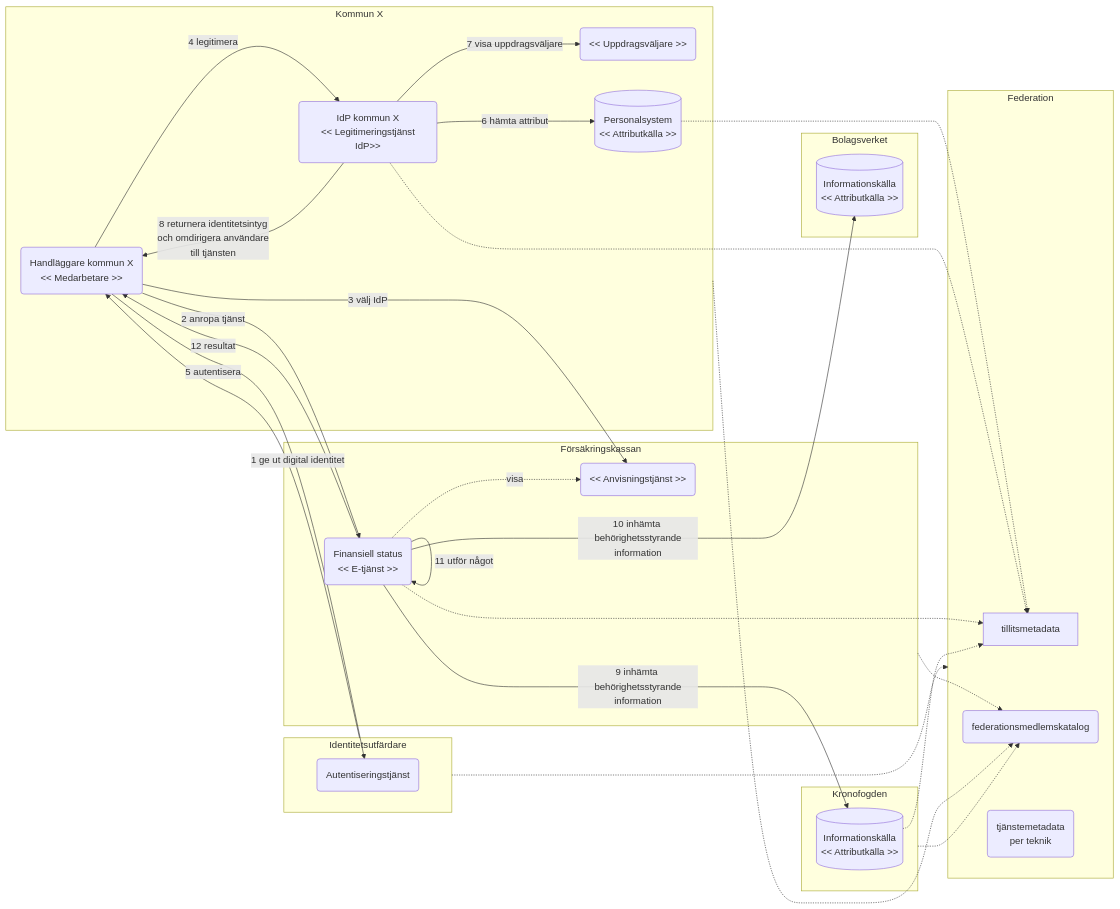
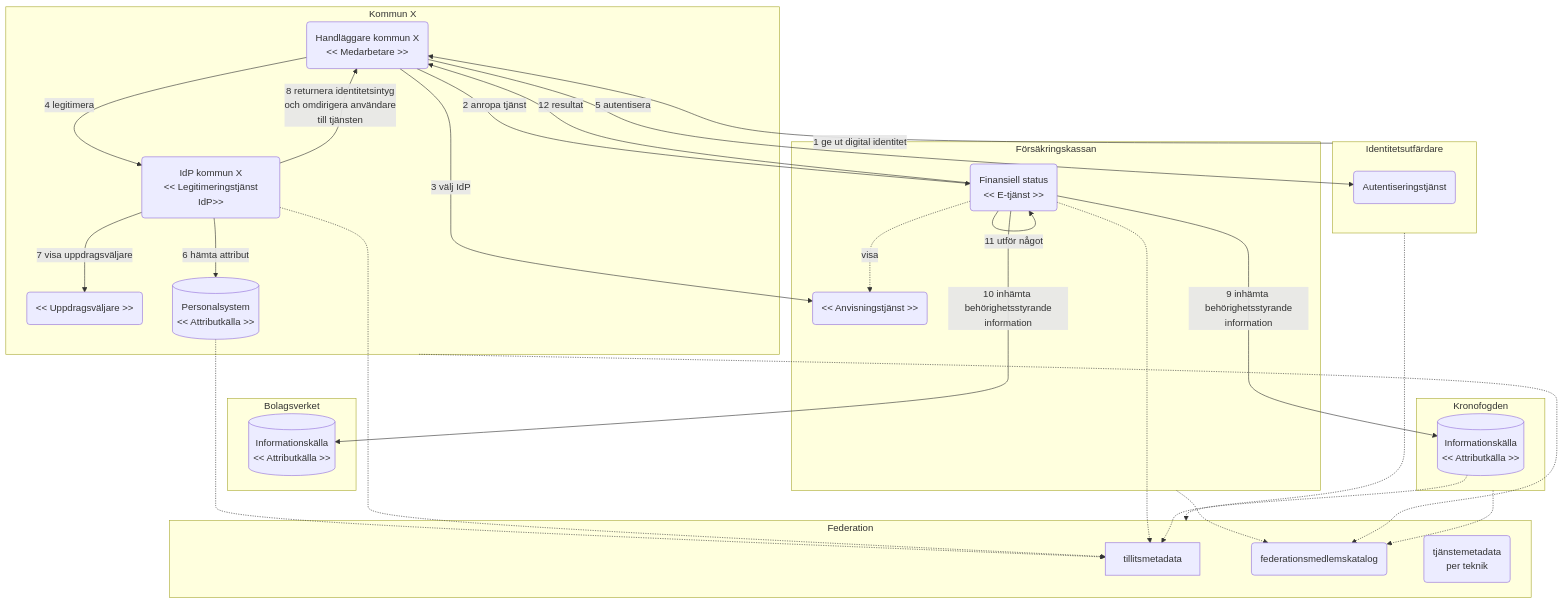
The third of 8 diagrams in architecture/drafts/IAM_TargetArchitecture_Sweden.md (diggsweden/ena-authorization), drawn with Mermaid before and after one commit.

Commit message:
bad layout by mermaid

````diff
--- a/architecture/drafts/IAM_TargetArchitecture_Sweden.md
+++ b/architecture/drafts/IAM_TargetArchitecture_Sweden.md
@@ -86,53 +86,53 @@
 ```mermaid
-graph LR
+graph TD
 
 subgraph x[Kommun X]
     xu(Handläggare kommun X<br>&lt&lt Medarbetare &gt&gt)
     xuv(&lt&lt Uppdragsväljare &gt&gt)
     xidp(IdP kommun X<br> &lt&lt Legitimeringstjänst IdP&gt&gt)
     xak[(Personalsystem<br> &lt&lt Attributkälla &gt&gt)]
 end
 
 subgraph k[Kronofogden]
     kd[(Informationskälla<br> &lt&lt Attributkälla &gt&gt)]
 end
 
 subgraph b[Bolagsverket]
     bd[(Informationskälla<br> &lt&lt Attributkälla &gt&gt)]
 end
 
 subgraph fk[Försäkringskassan]
     fkt(Finansiell status<br>&lt&lt E-tjänst &gt&gt)
     fka(&lt&lt Anvisningstjänst &gt&gt)
 end
 
 subgraph id[Identitetsutfärdare]
     ida(Autentiseringstjänst)
 end
 
 subgraph fed[Federation]
     fedt[tillitsmetadata]
     fedmk(federationsmedlemskatalog)
     fedprof(tjänstemetadata<br>per teknik)
 end
 
 %%x~~~~~fk
 
 id-.->fed
 fk & x & k -.-> fedmk
 xak & xidp & fkt & kd -.->fedt
 
 id--1 ge ut digital identitet-->xu
 xu--2 anropa tjänst-->fkt
 xu--3 välj IdP-->fka
 fkt-.visa.->fka
 xu--4 legitimera-->xidp
 xu--5 autentisera-->ida
 xidp--6 hämta attribut-->xak
 xidp--7 visa uppdragsväljare-->xuv
 xidp--8 returnera identitetsintyg<br>och omdirigera användare<br>till tjänsten-->xu
 fkt--9 inhämta behörighetsstyrande<br>information---> kd 
 fkt--10 inhämta behörighetsstyrande<br>information---> bd 
 fkt--11 utför något-->fkt
 fkt--12 resultat-->xu
 ```
````
